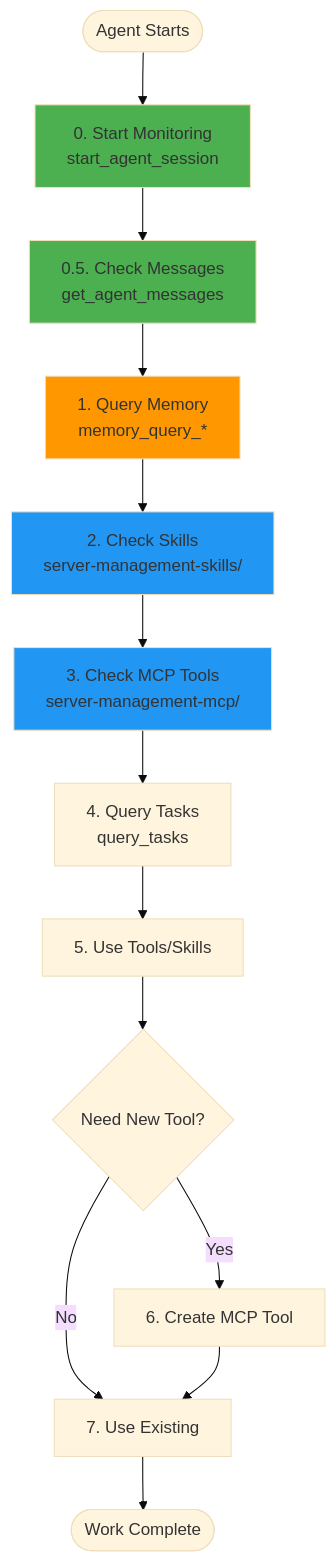
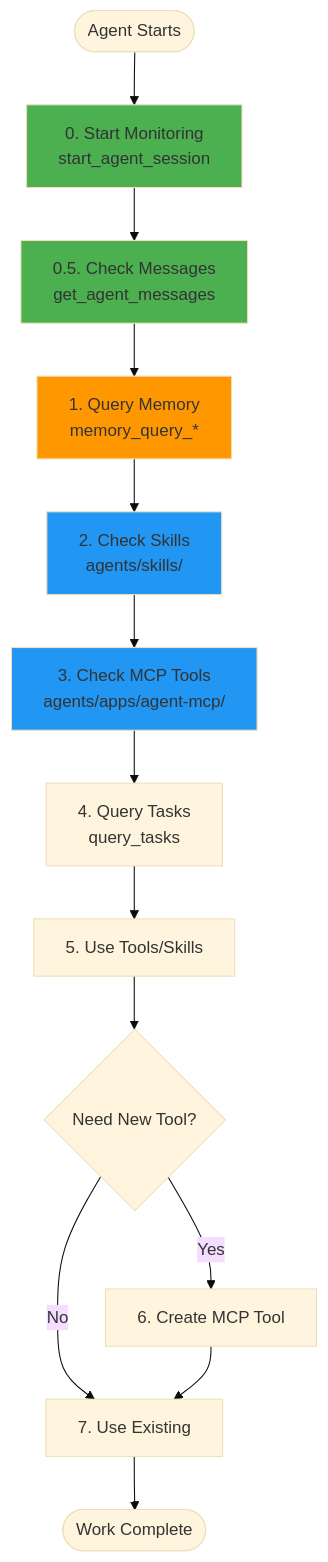
Before and after one commit to unarmedpuppy/homelab-ai: the sixth of 20 diagrams in agents/docs/COMPLETE_SYSTEM_VISUALIZATION.md, drawn with Mermaid (base theme). The commit also changed other lines of this file and 4807 other files, not shown here.

First line of the commit message:
Reorganize project structure: Move agent-related apps to agents/apps/

````diff
--- a/agents/docs/COMPLETE_SYSTEM_VISUALIZATION.md
+++ b/agents/docs/COMPLETE_SYSTEM_VISUALIZATION.md
@@ -268,21 +268,21 @@
 ```mermaid
 flowchart TD
     Start([Agent Starts]) --> Step0[0. Start Monitoring<br/>start_agent_session]
     Step0 --> Step0_5[0.5. Check Messages<br/>get_agent_messages]
     Step0_5 --> Step1[1. Query Memory<br/>memory_query_*]
-    Step1 --> Step2[2. Check Skills<br/>server-management-skills/]
-    Step2 --> Step3[3. Check MCP Tools<br/>server-management-mcp/]
+    Step1 --> Step2[2. Check Skills<br/>agents/skills/]
+    Step2 --> Step3[3. Check MCP Tools<br/>agents/apps/agent-mcp/]
     Step3 --> Step4[4. Query Tasks<br/>query_tasks]
     Step4 --> Step5[5. Use Tools/Skills]
     Step5 --> Step6{Need New Tool?}
     Step6 -->|Yes| Step7[6. Create MCP Tool]
     Step6 -->|No| Step8[7. Use Existing]
     Step7 --> Step8
     Step8 --> End([Work Complete])
     
     style Step0 fill:#4caf50
     style Step0_5 fill:#4caf50
     style Step1 fill:#ff9800
     style Step2 fill:#2196f3
     style Step3 fill:#2196f3
 ```
````
